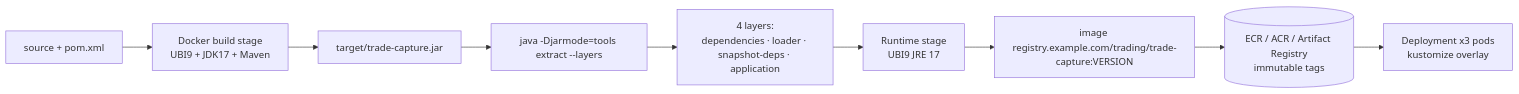
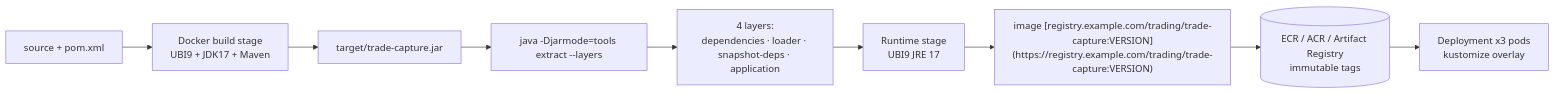
Diagram 18 of 25 in README.md (sm2774us/autocallable-trade-capture-platform), drawn with Mermaid before and after one commit. The commit also changed other lines of this file, not shown here.

First line of the commit message:
Refine README content and diagrams

````diff
--- a/README.md
+++ b/README.md
@@ -3588,11 +3590,11 @@
 ```mermaid
 flowchart LR
-  SRC["source + pom.xml"] --> B1["Docker build stage<br/>UBI9 + JDK17 + Maven"]
-  B1 --> JAR["target/trade-capture.jar"]
-  JAR --> EX["java -Djarmode=tools extract --layers"]
-  EX --> L["4 layers:<br/>dependencies · loader · snapshot-deps · application"]
-  L --> R["Runtime stage<br/>UBI9 JRE 17"]
-  R --> IMG["image registry.example.com/trading/trade-capture:VERSION"]
-  IMG --> ECR[("ECR / ACR / Artifact Registry<br/>immutable tags")]
-  ECR --> K8S["Deployment x3 pods<br/>kustomize overlay"]
+    SRC["source + pom.xml"] --> B1["Docker build stage<br/>UBI9 + JDK17 + Maven"]
+    B1 --> JAR["target/trade-capture.jar"]
+    JAR --> EX["java -Djarmode=tools extract --layers"]
+    EX --> L["4 layers:<br/>dependencies · loader · snapshot-deps · application"]
+    L --> R["Runtime stage<br/>UBI9 JRE 17"]
+    R --> IMG["image [registry.example.com/trading/trade-capture:VERSION](https://registry.example.com/trading/trade-capture:VERSION)"]
+    IMG --> ECR[("ECR / ACR / Artifact Registry<br/>immutable tags")]
+    ECR --> K8S["Deployment x3 pods<br/>kustomize overlay"]
 ```
````
